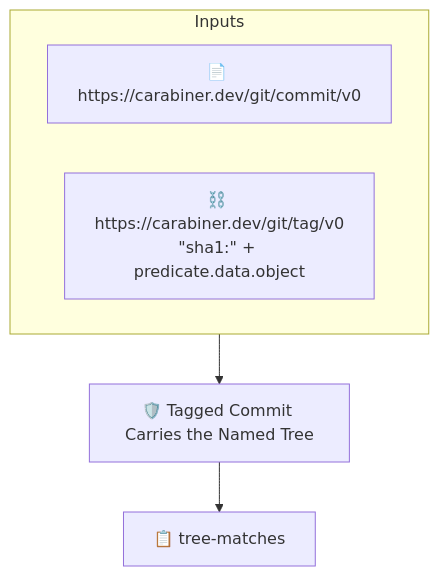
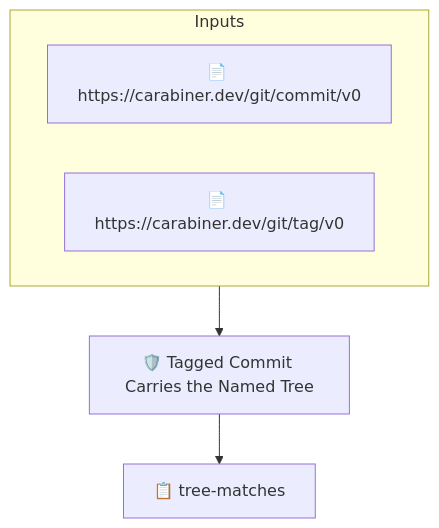
One commit to carabiner-dev/policies changed the diagram in release/release-tagged-commit-tree.md. Above: the diagram before and after it, drawn with Mermaid. The commit also changed other lines of this file and 26 other files, not shown here.

````diff
--- a/release/release-tagged-commit-tree.md
+++ b/release/release-tagged-commit-tree.md
@@ -28,10 +29,10 @@
 ```mermaid
 flowchart TD
     subgraph inputs["Inputs"]
         A0["📄 https://carabiner.dev/git/commit/v0"]
-        L0["⛓️ https://carabiner.dev/git/tag/v0<br/>#quot;sha1:#quot; + predicate.data.object"]
+        A1["📄 https://carabiner.dev/git/tag/v0"]
     end
     P["🛡️ Tagged Commit Carries the Named Tree"]
     inputs --> P
     P --> P_T0["📋 tree-matches"]
 ```
````
